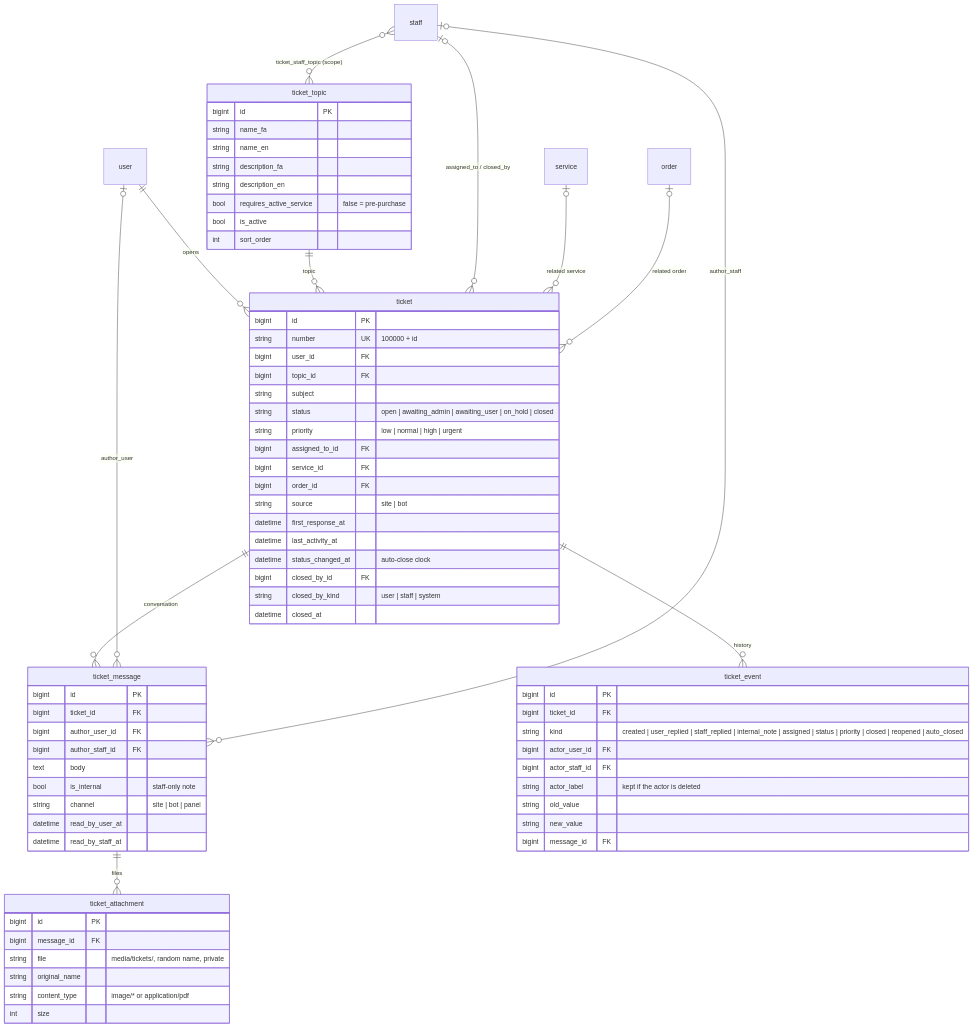
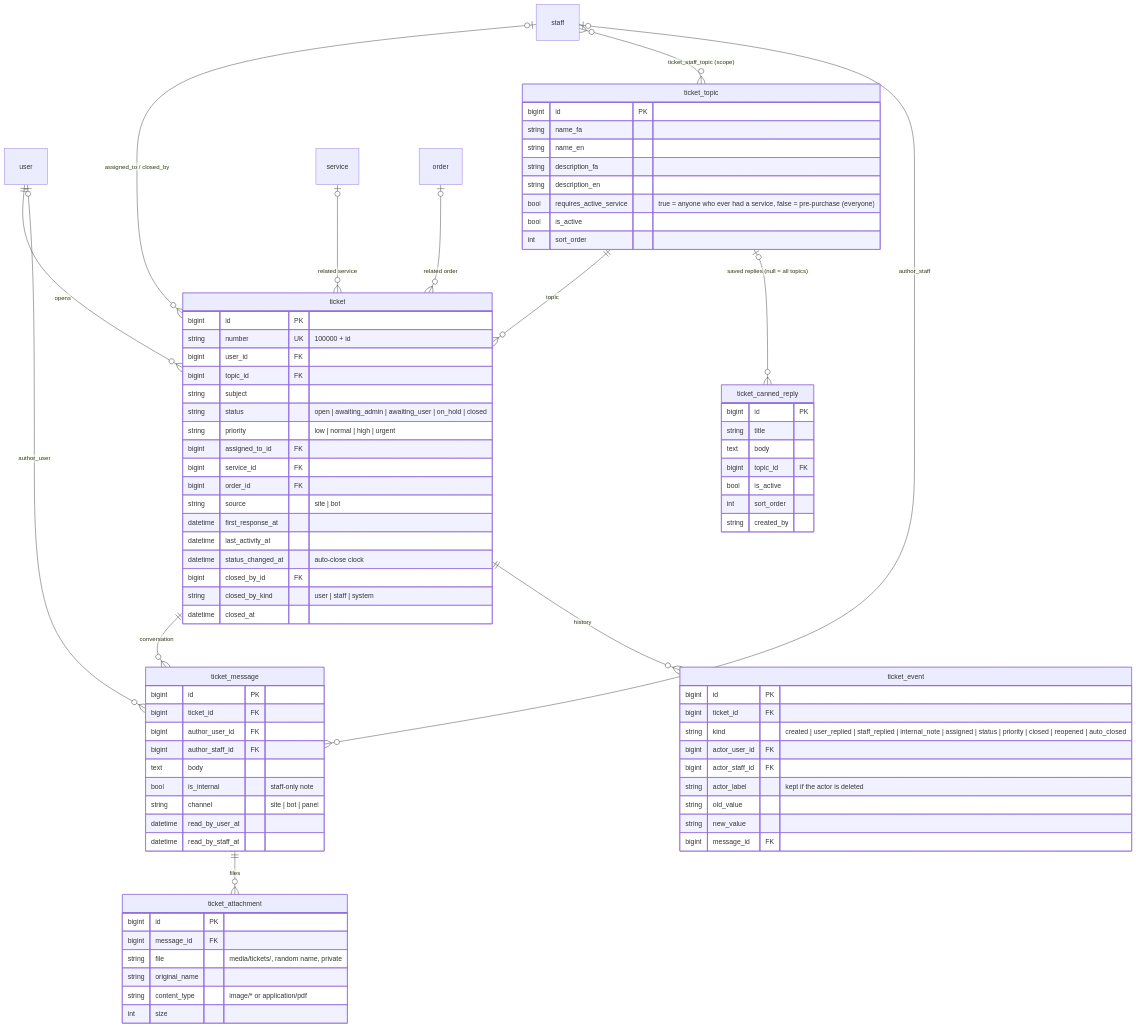
One commit to santiyagoburcart/caspintunel changed the fifth of 7 diagrams in docs/erd.md. Above: the diagram before and after it, drawn with Mermaid. The commit also changed other lines of this file and 45 other files, not shown here.

```diff
--- a/docs/erd.md
+++ b/docs/erd.md
@@ -371,6 +372,7 @@
     ticket_message ||--o{ ticket_attachment : "files"
     ticket ||--o{ ticket_event : "history"
     staff }o--o{ ticket_topic : "ticket_staff_topic (scope)"
+    ticket_topic |o--o{ ticket_canned_reply : "saved replies (null = all topics)"
     user |o--o{ ticket_message : "author_user"
     staff |o--o{ ticket_message : "author_staff"
 
@@ -380,7 +382,7 @@
         string name_en
         string description_fa
         string description_en
-        bool requires_active_service "false = pre-purchase"
+        bool requires_active_service "true = anyone who ever had a service, false = pre-purchase (everyone)"
         bool is_active
         int sort_order
     }
@@ -422,6 +424,15 @@
         string content_type "image/* or application/pdf"
         int size
     }
+    ticket_canned_reply {
+        bigint id PK
+        string title
+        text body
+        bigint topic_id FK
+        bool is_active
+        int sort_order
+        string created_by
+    }
     ticket_event {
         bigint id PK
         bigint ticket_id FK
```
